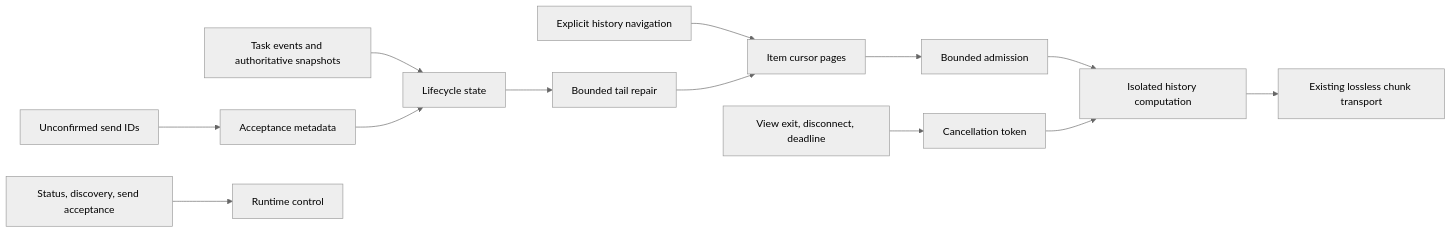
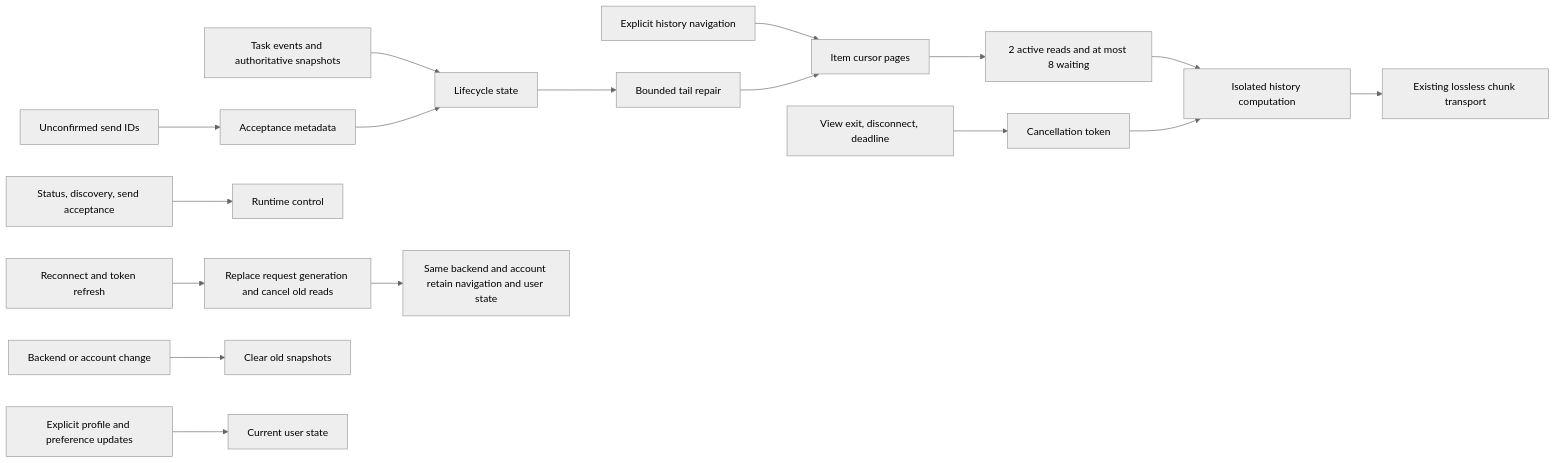
The diagram in docs/en/wegent/developer-guide/wework-runtime-responsiveness.md (wecode-ai/Wegent), drawn with Mermaid (neutral theme) before and after one commit. The commit also changed other lines of this file and 32 other files, not shown here.

Commit message:
fix(wework): preserve history reads and navigation on reconnect

````diff
--- a/docs/en/wegent/developer-guide/wework-runtime-responsiveness.md
+++ b/docs/en/wegent/developer-guide/wework-runtime-responsiveness.md
@@ -33,15 +33,19 @@
 ```mermaid
 flowchart LR
     Stream[Task events and authoritative snapshots] --> Lifecycle[Lifecycle state]
     Queue[Unconfirmed send IDs] --> Receipts[Acceptance metadata]
     Receipts --> Lifecycle
     Lifecycle --> Repair[Bounded tail repair]
     User[Explicit history navigation] --> Page[Item cursor pages]
     Repair --> Page
-    Page --> Admission[Bounded admission]
+    Page --> Admission[2 active reads and at most 8 waiting]
     Admission --> Worker[Isolated history computation]
     Worker --> Transfer[Existing lossless chunk transport]
     Cancel[View exit, disconnect, deadline] --> Token[Cancellation token]
     Token --> Worker
     Control[Status, discovery, send acceptance] --> Runtime[Runtime control]
+    Transport[Reconnect and token refresh] --> Generation[Replace request generation and cancel old reads]
+    Generation --> Preserve[Same backend and account retain navigation and user state]
+    Owner[Backend or account change] --> Reset[Clear old snapshots]
+    Profile[Explicit profile and preference updates] --> UserState[Current user state]
 ```
````
